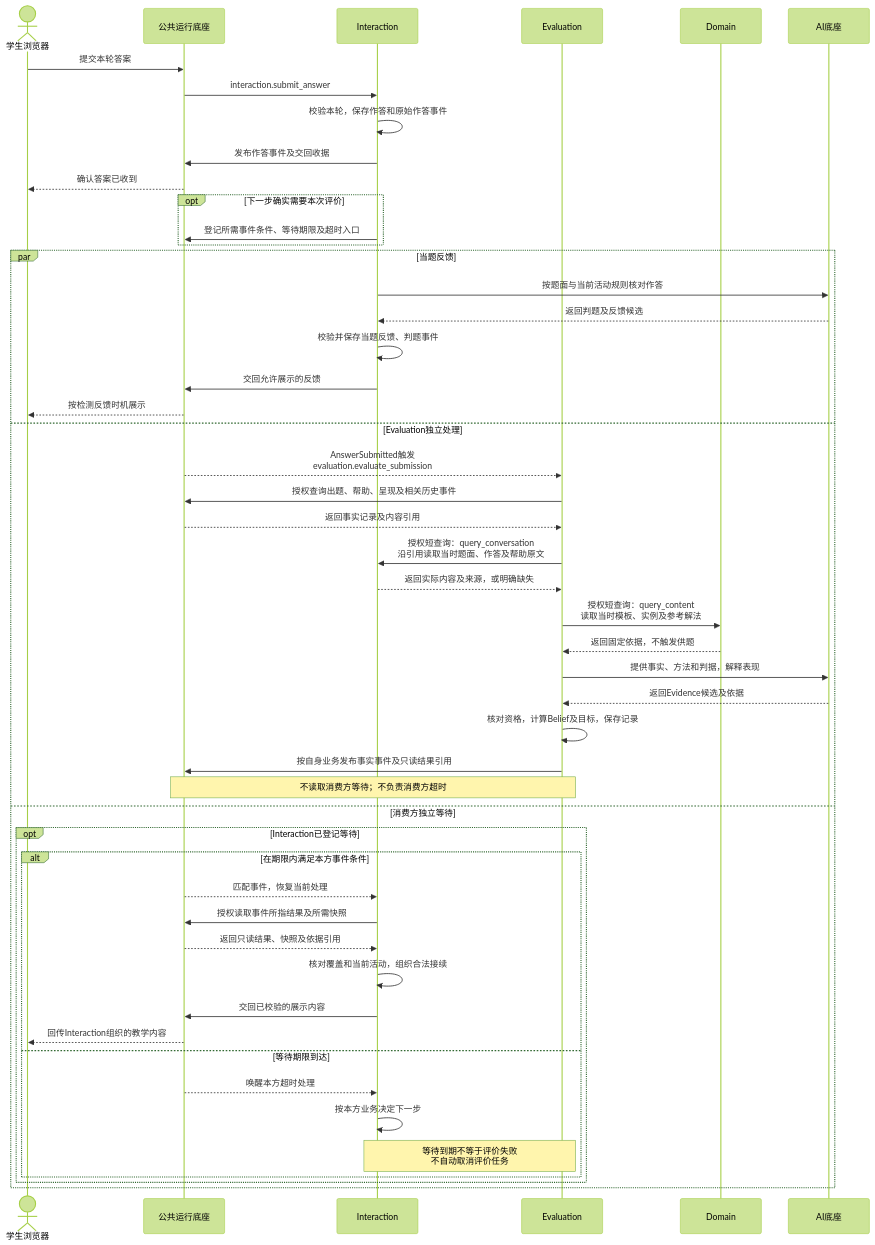
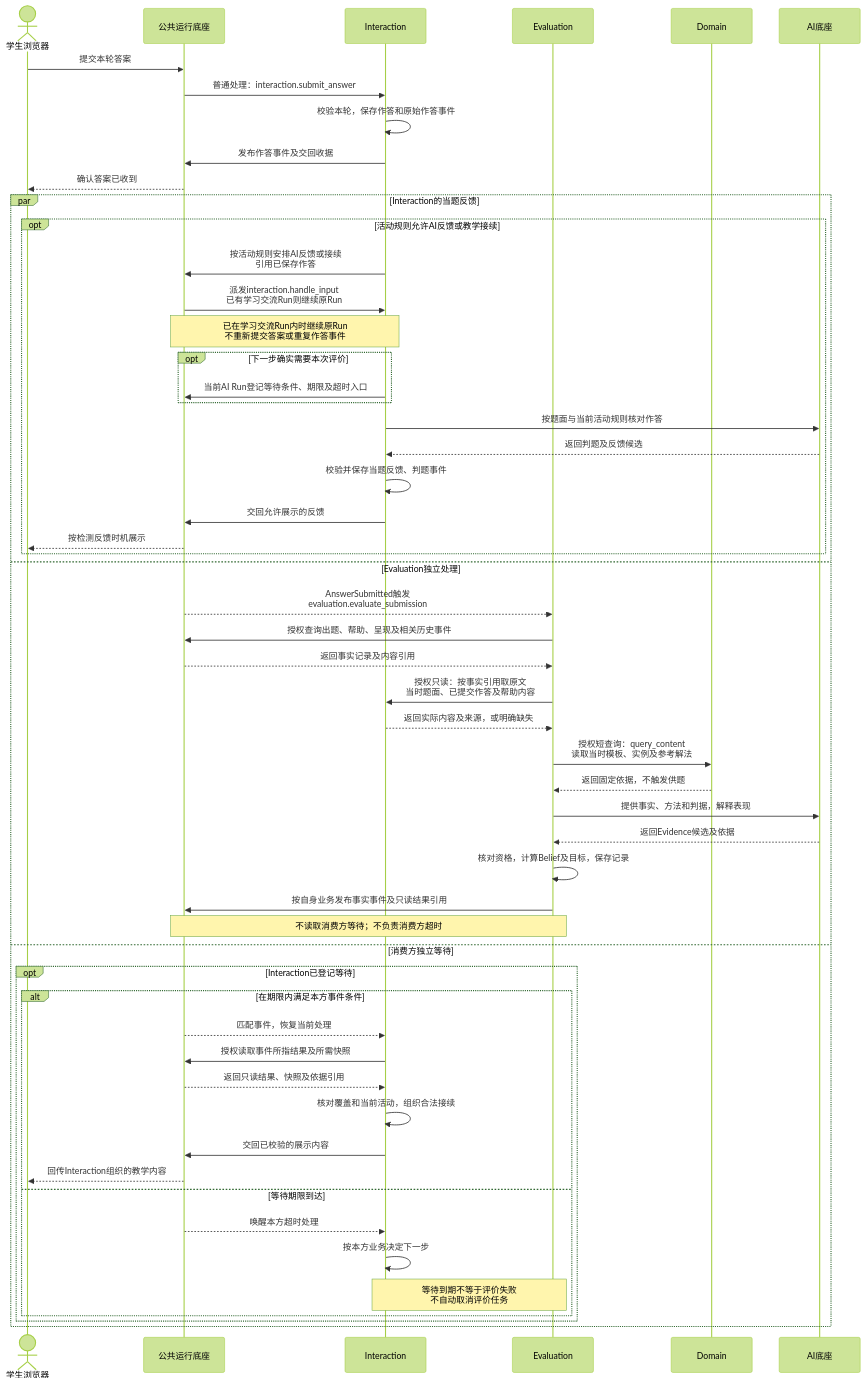
The seventh of 10 diagrams in doc/mvp/m1/engineering/System_Design.md (ivgotcrazy/deermind), drawn with Mermaid (forest theme) before and after one commit. The commit also changed other lines of this file and 126 other files, not shown here.

````diff
--- a/doc/mvp/m1/engineering/System_Design.md
+++ b/doc/mvp/m1/engineering/System_Design.md
@@ -418,52 +420,57 @@
 ```mermaid
 sequenceDiagram
   actor S as 学生浏览器
   participant R as 公共运行底座
   participant I as Interaction
   participant E as Evaluation
   participant D as Domain
   participant AI as AI底座
   S->>R: 提交本轮答案
-  R->>I: interaction.submit_answer
+  R->>I: 普通处理：interaction.submit_answer
   I->>I: 校验本轮，保存作答和原始作答事件
   I->>R: 发布作答事件及交回收据
   R-->>S: 确认答案已收到
-  opt 下一步确实需要本次评价
-    I->>R: 登记所需事件条件、等待期限及超时入口
-  end
-  par 当题反馈
+  par Interaction的当题反馈
+    opt 活动规则允许AI反馈或教学接续
+    I->>R: 按活动规则安排AI反馈或接续<br/>引用已保存作答
+    R->>I: 派发interaction.handle_input<br/>已有学习交流Run则继续原Run
+    Note over R,I: 已在学习交流Run内时继续原Run<br/>不重新提交答案或重复作答事件
+    opt 下一步确实需要本次评价
+      I->>R: 当前AI Run登记等待条件、期限及超时入口
+    end
     I->>AI: 按题面与当前活动规则核对作答
     AI-->>I: 返回判题及反馈候选
     I->>I: 校验并保存当题反馈、判题事件
     I->>R: 交回允许展示的反馈
     R-->>S: 按检测反馈时机展示
+    end
   and Evaluation独立处理
     R-->>E: AnswerSubmitted触发<br/>evaluation.evaluate_submission
     E->>R: 授权查询出题、帮助、呈现及相关历史事件
     R-->>E: 返回事实记录及内容引用
-    E->>I: 授权短查询：query_conversation<br/>沿引用读取当时题面、作答及帮助原文
+    E->>I: 授权只读：按事实引用取原文<br/>当时题面、已提交作答及帮助内容
     I-->>E: 返回实际内容及来源，或明确缺失
     E->>D: 授权短查询：query_content<br/>读取当时模板、实例及参考解法
     D-->>E: 返回固定依据，不触发供题
     E->>AI: 提供事实、方法和判据，解释表现
     AI-->>E: 返回Evidence候选及依据
     E->>E: 核对资格，计算Belief及目标，保存记录
     E->>R: 按自身业务发布事实事件及只读结果引用
     Note over E,R: 不读取消费方等待；不负责消费方超时
   and 消费方独立等待
     opt Interaction已登记等待
       alt 在期限内满足本方事件条件
         R-->>I: 匹配事件，恢复当前处理
         I->>R: 授权读取事件所指结果及所需快照
         R-->>I: 返回只读结果、快照及依据引用
         I->>I: 核对覆盖和当前活动，组织合法接续
         I->>R: 交回已校验的展示内容
         R-->>S: 回传Interaction组织的教学内容
       else 等待期限到达
         R-->>I: 唤醒本方超时处理
         I->>I: 按本方业务决定下一步
         Note over I,E: 等待到期不等于评价失败<br/>不自动取消评价任务
       end
     end
   end
 ```
````
